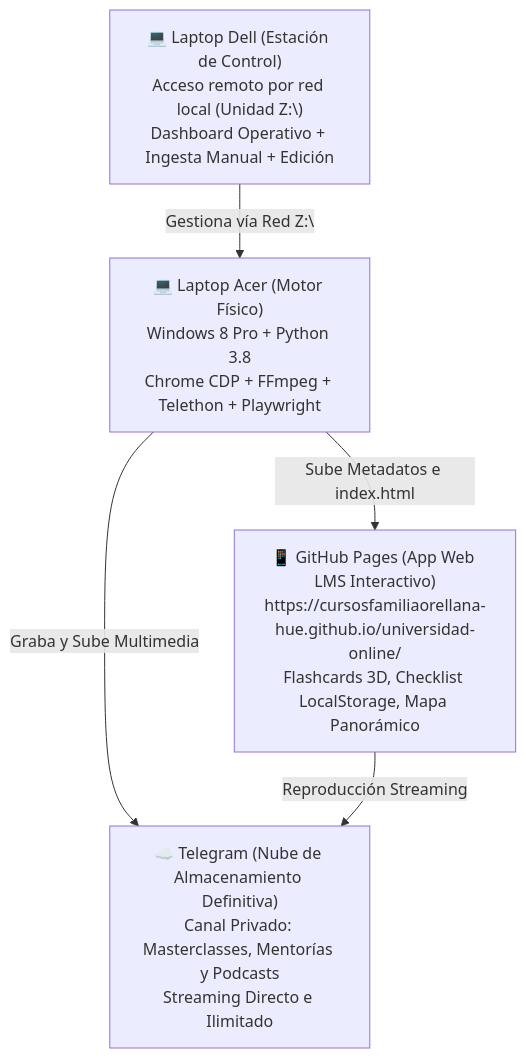
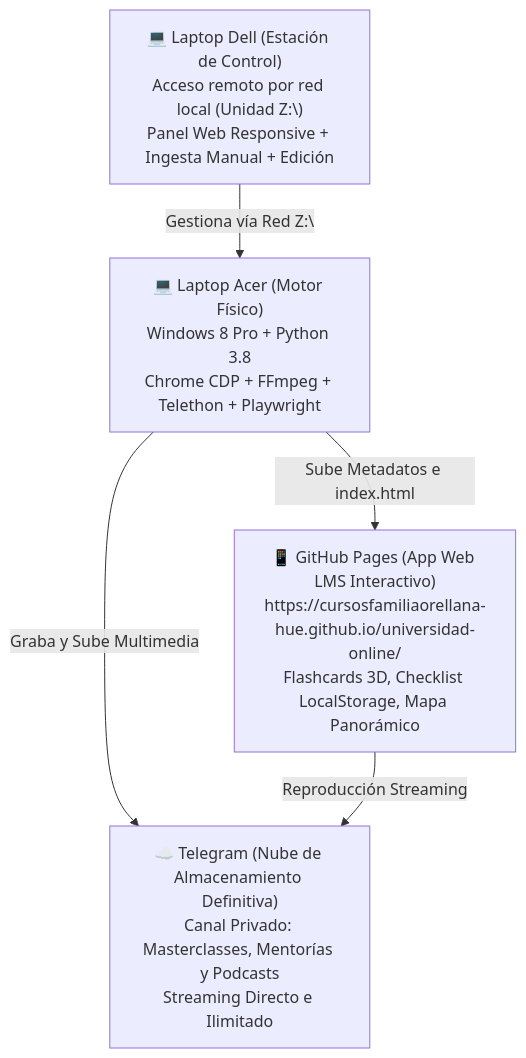
One commit to cursosfamiliaorellana-hue/universidad-online changed the diagram in MANUAL_USUARIO.md. Above: the diagram before and after it, drawn with Mermaid. The commit also changed other lines of this file and 8 other files, not shown here.

Commit message:
feat: implementacion completa Fase 1 a 4 - Modo Fantasma, Panel Web Responsive con consolas plegables y CRUD, gestion granular de borrado y Manual PDF Oficial

````diff
--- a/MANUAL_USUARIO.md
+++ b/MANUAL_USUARIO.md
@@ -13,20 +13,20 @@
 ```mermaid
 flowchart TD
     ACER["💻 Laptop Acer (Motor Físico)
 Windows 8 Pro + Python 3.8
 Chrome CDP + FFmpeg + Telethon + Playwright"]
     DELL["💻 Laptop Dell (Estación de Control)
 Acceso remoto por red local (Unidad Z:\)
-Dashboard Operativo + Ingesta Manual + Edición"]
+Panel Web Responsive + Ingesta Manual + Edición"]
     TG["☁️ Telegram (Nube de Almacenamiento Definitiva)
 Canal Privado: Masterclasses, Mentorías y Podcasts
 Streaming Directo e Ilimitado"]
     GH["📱 GitHub Pages (App Web LMS Interactivo)
 https://cursosfamiliaorellana-hue.github.io/universidad-online/
 Flashcards 3D, Checklist LocalStorage, Mapa Panorámico"]
 
     DELL -->|Gestiona vía Red Z:\| ACER
     ACER -->|Graba y Sube Multimedia| TG
     ACER -->|Sube Metadatos e index.html| GH
     GH -->|Reproducción Streaming| TG
 ```
````
